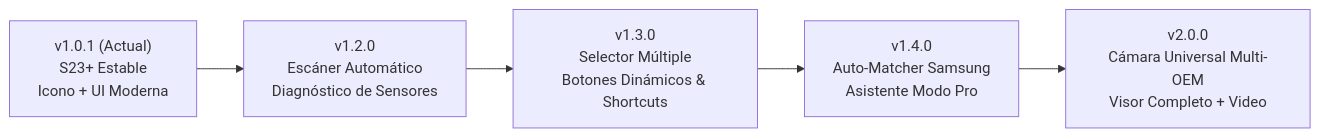
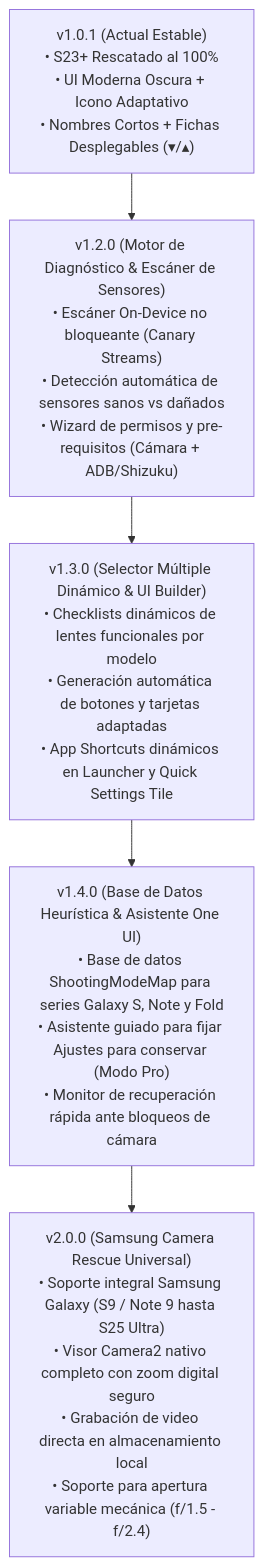
The first of 2 diagrams in docs/ROADMAP.md (benedetto597/camera-s23-plus-rescue), drawn with Mermaid before and after one commit. The commit also changed other lines of this file and 2 other files, not shown here.

Commit message:
docs(roadmap): specify Samsung-only scope (S9 to S25), OS boundaries, and onboarding prerequisites

````diff
--- a/docs/ROADMAP.md
+++ b/docs/ROADMAP.md
@@ -13,7 +11,17 @@
 ```mermaid
-flowchart LR
-    v101["v1.0.1 (Actual)<br/>S23+ Estable<br/>Icono + UI Moderna"] --> v120["v1.2.0<br/>Escáner Automático<br/>Diagnóstico de Sensores"]
-    v120 --> v130["v1.3.0<br/>Selector Múltiple<br/>Botones Dinámicos & Shortcuts"]
-    v130 --> v140["v1.4.0<br/>Auto-Matcher Samsung<br/>Asistente Modo Pro"]
-    v140 --> v200["v2.0.0<br/>Cámara Universal Multi-OEM<br/>Visor Completo + Video"]
+flowchart TD
+    v101["v1.0.1 (Actual Estable)<br/>• S23+ Rescatado al 100%<br/>• UI Moderna Oscura + Icono Adaptativo<br/>• Nombres Cortos + Fichas Desplegables (▾/▴)"]
+    
+    v120["v1.2.0 (Motor de Diagnóstico & Escáner de Sensores)<br/>• Escáner On-Device no bloqueante (Canary Streams)<br/>• Detección automática de sensores sanos vs dañados<br/>• Wizard de permisos y pre-requisitos (Cámara + ADB/Shizuku)"]
+    
+    v130["v1.3.0 (Selector Múltiple Dinámico & UI Builder)<br/>• Checklists dinámicos de lentes funcionales por modelo<br/>• Generación automática de botones y tarjetas adaptadas<br/>• App Shortcuts dinámicos en Launcher y Quick Settings Tile"]
+    
+    v140["v1.4.0 (Base de Datos Heurística & Asistente One UI)<br/>• Base de datos ShootingModeMap para series Galaxy S, Note y Fold<br/>• Asistente guiado para fijar Ajustes para conservar (Modo Pro)<br/>• Monitor de recuperación rápida ante bloqueos de cámara"]
+    
+    v200["v2.0.0 (Samsung Camera Rescue Universal)<br/>• Soporte integral Samsung Galaxy (S9 / Note 9 hasta S25 Ultra)<br/>• Visor Camera2 nativo completo con zoom digital seguro<br/>• Grabación de video directa en almacenamiento local<br/>• Soporte para apertura variable mecánica (f/1.5 - f/2.4)"]
+
+    v101 --> v120
+    v120 --> v130
+    v130 --> v140
+    v140 --> v200
 ```
````
